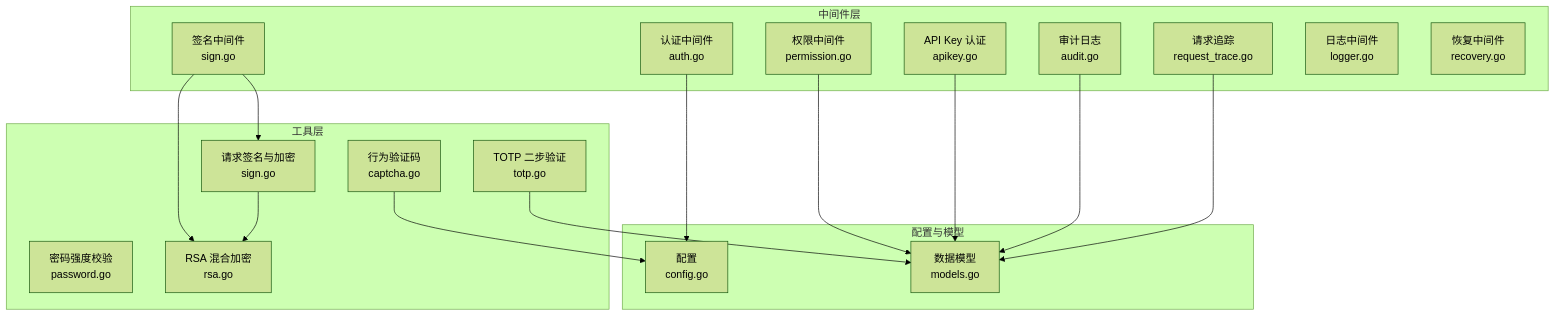
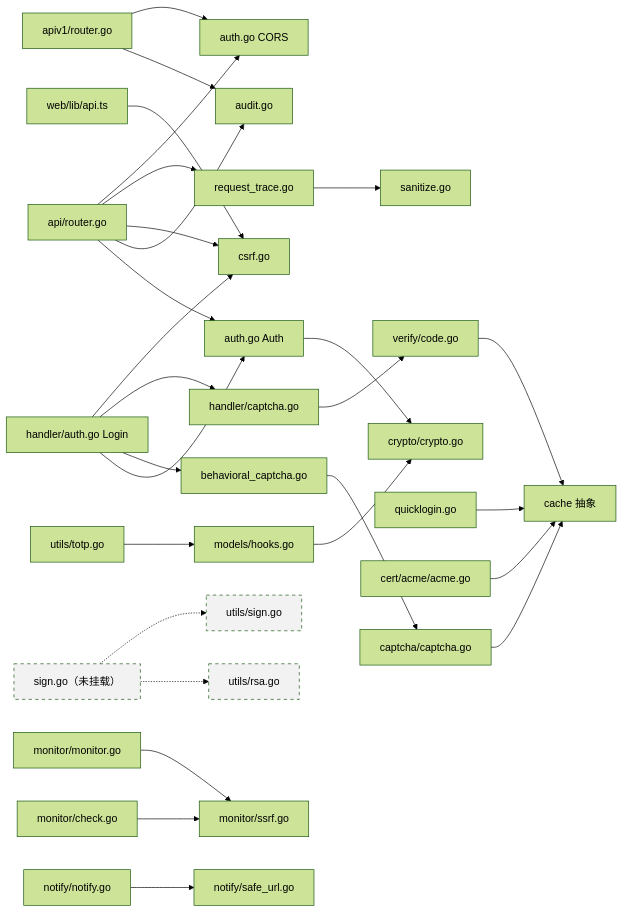
Before and after one commit to x01n/dnsplane: the sixth of 7 diagrams in docs/用户权限系统/安全防护.md, drawn with Mermaid (forest theme). The commit also changed other lines of this file and 326 other files, not shown here.

````diff
--- a/docs/用户权限系统/安全防护.md
+++ b/docs/用户权限系统/安全防护.md
@@ -43,34 +540,32 @@
 ```mermaid
-graph TB
-subgraph "工具层"
-U1["密码强度校验<br/>password.go"]
-U2["TOTP 二步验证<br/>totp.go"]
-U3["请求签名与加密<br/>sign.go"]
-U4["RSA 混合加密<br/>rsa.go"]
-U5["行为验证码<br/>captcha.go"]
-end
-subgraph "中间件层"
-M1["认证中间件<br/>auth.go"]
-M2["权限中间件<br/>permission.go"]
-M3["API Key 认证<br/>apikey.go"]
-M4["签名中间件<br/>sign.go"]
-M5["审计日志<br/>audit.go"]
-M6["请求追踪<br/>request_trace.go"]
-M7["日志中间件<br/>logger.go"]
-M8["恢复中间件<br/>recovery.go"]
-end
-subgraph "配置与模型"
-C1["配置<br/>config.go"]
-D1["数据模型<br/>models.go"]
-end
-M1 --> C1
-M2 --> D1
-M3 --> D1
-M4 --> U3
-M4 --> U4
-M5 --> D1
-M6 --> D1
-U3 --> U4
-U2 --> D1
-U5 --> C1
+graph LR
+    RS["api/router.go"] --> CO["auth.go CORS"]
+    RS --> RT["request_trace.go"]
+    RS --> CS["csrf.go"]
+    RS --> AT["audit.go"]
+    RS --> AU["auth.go Auth"]
+    RV["apiv1/router.go"] --> CO
+    RV --> AT
+    RT --> SA["sanitize.go"]
+    FE["web/lib/api.ts"] --> CS
+    LA["handler/auth.go Login"] --> CS
+    LA --> CA["handler/captcha.go"]
+    LA --> BC["behavioral_captcha.go"]
+    LA --> AU
+    CA --> VC["verify/code.go"]
+    BC --> CPK["captcha/captcha.go"]
+    CPK --> CC["cache 抽象"]
+    VC --> CC
+    QL["quicklogin.go"] --> CC
+    AC["cert/acme/acme.go"] --> CC
+    AU --> CR["crypto/crypto.go"]
+    HK["models/hooks.go"] --> CR
+    UT["utils/totp.go"] --> HK
+    SG["sign.go（未挂载）"] -.-> US["utils/sign.go"]
+    SG -.-> UR["utils/rsa.go"]
+    MO["monitor/monitor.go"] --> MS["monitor/ssrf.go"]
+    CHK["monitor/check.go"] --> MS
+    NT["notify/notify.go"] --> SU["notify/safe_url.go"]
+    classDef dead stroke-dasharray: 5 5,fill:#f2f2f2;
+    class SG,US,UR dead;
 ```
````
